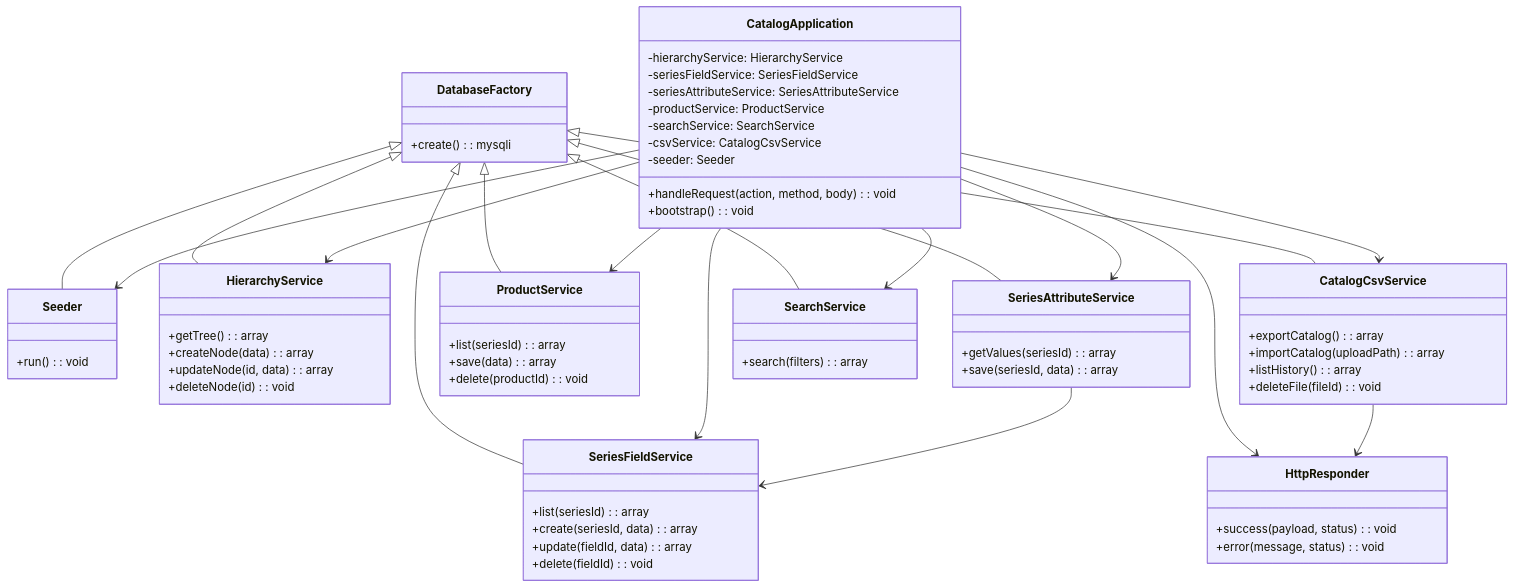
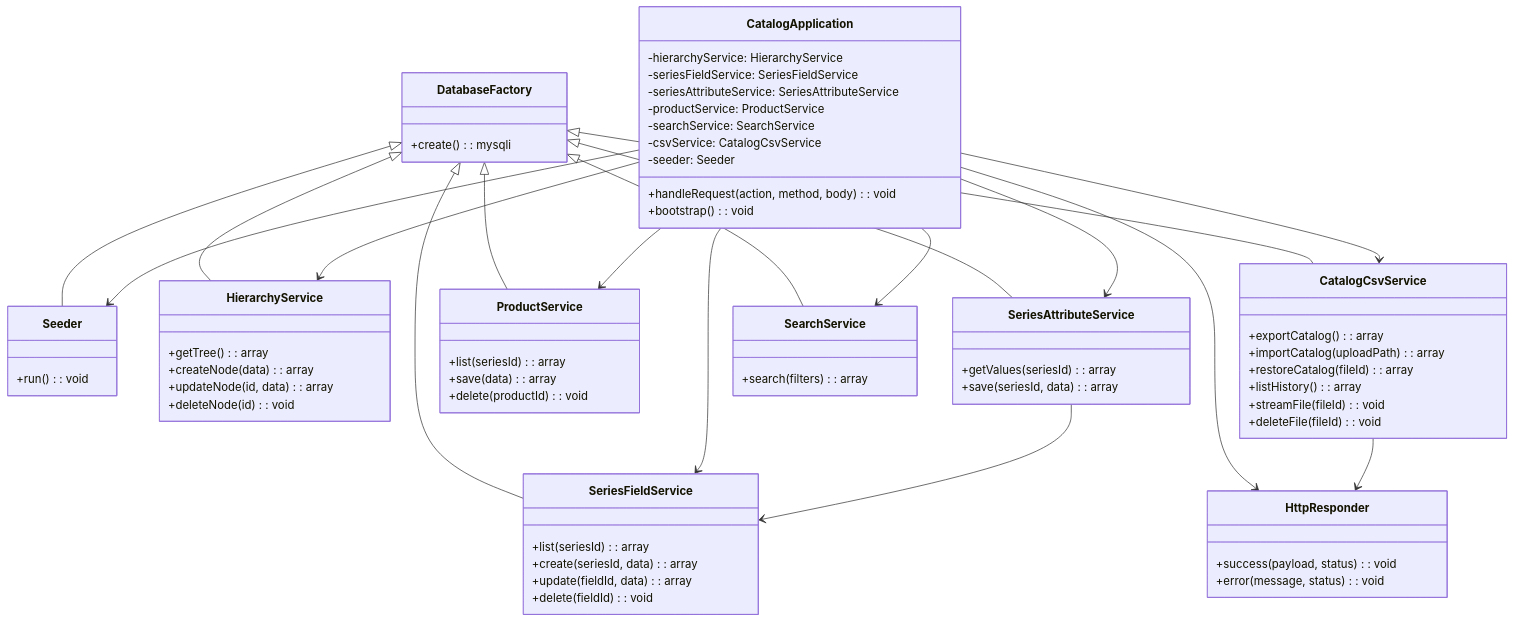
The sixth of 8 diagrams in docs/spec.md (sinjie2008/Foundational-Electronics-Core-Systems), drawn with Mermaid before and after one commit. The commit also changed other lines of this file and 9 other files, not shown here.

````diff
--- a/docs/spec.md
+++ b/docs/spec.md
@@ -355,71 +354,73 @@
 ```mermaid
 classDiagram
     class DatabaseFactory {
         +create(): mysqli
     }
     class HttpResponder {
         +success(payload, status): void
         +error(message, status): void
     }
     class CatalogApplication {
         -hierarchyService: HierarchyService
         -seriesFieldService: SeriesFieldService
         -seriesAttributeService: SeriesAttributeService
         -productService: ProductService
         -searchService: SearchService
         -csvService: CatalogCsvService
         -seeder: Seeder
         +handleRequest(action, method, body): void
         +bootstrap(): void
     }
     class Seeder {
         +run(): void
     }
     class HierarchyService {
         +getTree(): array
         +createNode(data): array
         +updateNode(id, data): array
         +deleteNode(id): void
     }
     class SeriesFieldService {
         +list(seriesId): array
         +create(seriesId, data): array
         +update(fieldId, data): array
         +delete(fieldId): void
     }
     class SeriesAttributeService {
         +getValues(seriesId): array
         +save(seriesId, data): array
     }
     class ProductService {
         +list(seriesId): array
         +save(data): array
         +delete(productId): void
     }
     class CatalogCsvService {
         +exportCatalog(): array
         +importCatalog(uploadPath): array
+        +restoreCatalog(fileId): array
         +listHistory(): array
+        +streamFile(fileId): void
         +deleteFile(fileId): void
     }
     class SearchService {
         +search(filters): array
     }
     DatabaseFactory <|-- Seeder
     DatabaseFactory <|-- HierarchyService
     DatabaseFactory <|-- SeriesFieldService
     DatabaseFactory <|-- SeriesAttributeService
     DatabaseFactory <|-- ProductService
     DatabaseFactory <|-- CatalogCsvService
     DatabaseFactory <|-- SearchService
     CatalogApplication --> HierarchyService
     CatalogApplication --> SeriesFieldService
     CatalogApplication --> SeriesAttributeService
     CatalogApplication --> ProductService
     CatalogApplication --> SearchService
     CatalogApplication --> CatalogCsvService
     CatalogApplication --> Seeder
     CatalogApplication --> HttpResponder
     SeriesAttributeService --> SeriesFieldService
     CatalogCsvService --> HttpResponder
 ```
````
